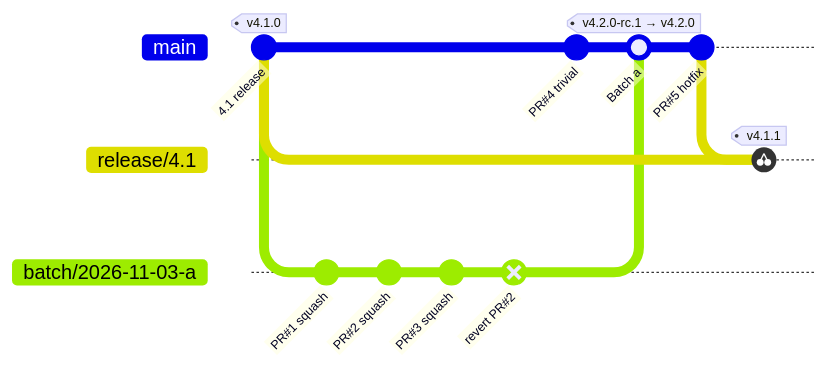
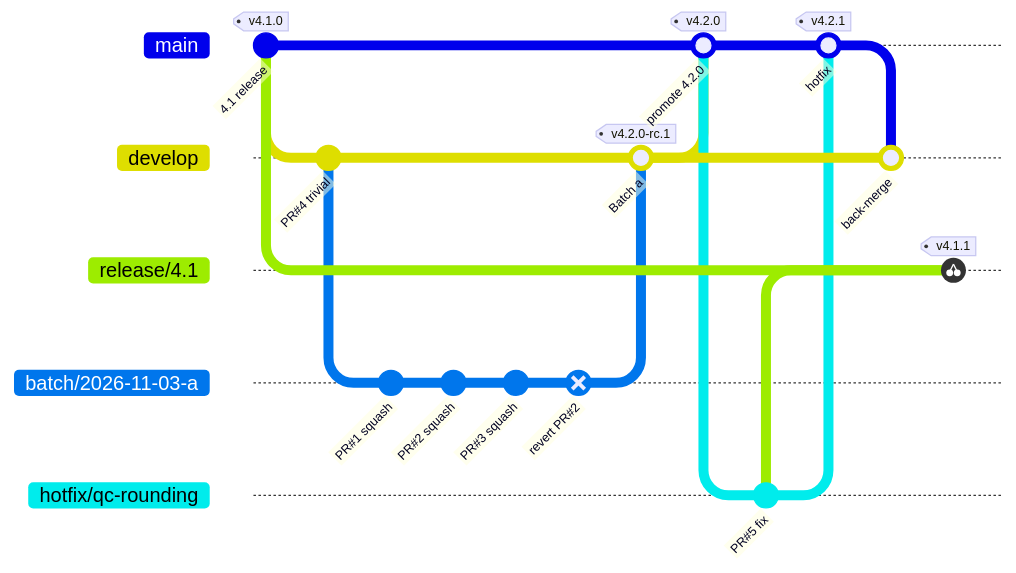
Before and after one commit to nsmela/qatrackplus: the second of 5 diagrams in docs/agent-workflow/diagrams.md, drawn with Mermaid. The commit also changed other lines of this file and 2 other files, not shown here.

First line of the commit message:
Use develop for integration and main as the user-safe branch in notes

````diff
--- a/docs/agent-workflow/diagrams.md
+++ b/docs/agent-workflow/diagrams.md
@@ -38,18 +41,27 @@
 ```mermaid
 gitGraph
     commit id: "4.1 release" tag: "v4.1.0"
+    branch develop
     branch release/4.1
-    checkout main
+    checkout develop
+    commit id: "PR#4 trivial"
     branch batch/2026-11-03-a
     checkout batch/2026-11-03-a
     commit id: "PR#1 squash"
     commit id: "PR#2 squash"
     commit id: "PR#3 squash"
     commit id: "revert PR#2" type: REVERSE
+    checkout develop
+    merge batch/2026-11-03-a id: "Batch a" tag: "v4.2.0-rc.1"
     checkout main
-    commit id: "PR#4 trivial"
-    merge batch/2026-11-03-a id: "Batch a" tag: "v4.2.0-rc.1 → v4.2.0"
-    commit id: "PR#5 hotfix"
+    merge develop id: "promote 4.2.0" tag: "v4.2.0"
+    branch hotfix/qc-rounding
+    checkout hotfix/qc-rounding
+    commit id: "PR#5 fix"
+    checkout main
+    merge hotfix/qc-rounding id: "hotfix" tag: "v4.2.1"
+    checkout develop
+    merge main id: "back-merge"
     checkout release/4.1
-    cherry-pick id: "PR#5 hotfix" tag: "v4.1.1"
+    cherry-pick id: "PR#5 fix" tag: "v4.1.1"
 ```
````
